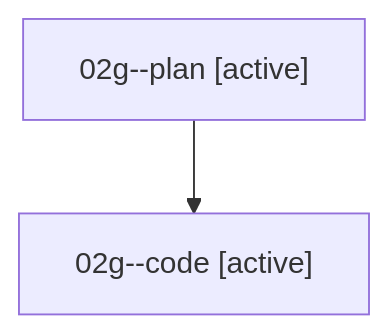
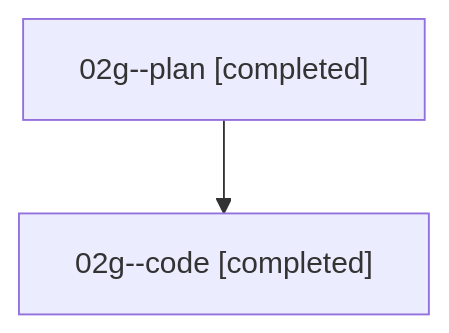
One commit to bobs-org/bob-cli--agents changed the diagram in families/bbugyi200.athena.02g.md. Above: the diagram before and after it, drawn with Mermaid. The commit also changed other lines of this file and 29 other files, not shown here.

````diff
--- a/families/bbugyi200.athena.02g.md
+++ b/families/bbugyi200.athena.02g.md
@@ -9,6 +9,6 @@
 ```mermaid
 flowchart TD
-  n0["02g--plan [active]"]
-  n1["02g--code [active]"]
+  n0["02g--plan [completed]"]
+  n1["02g--code [completed]"]
   n0 --> n1
 ```
````
